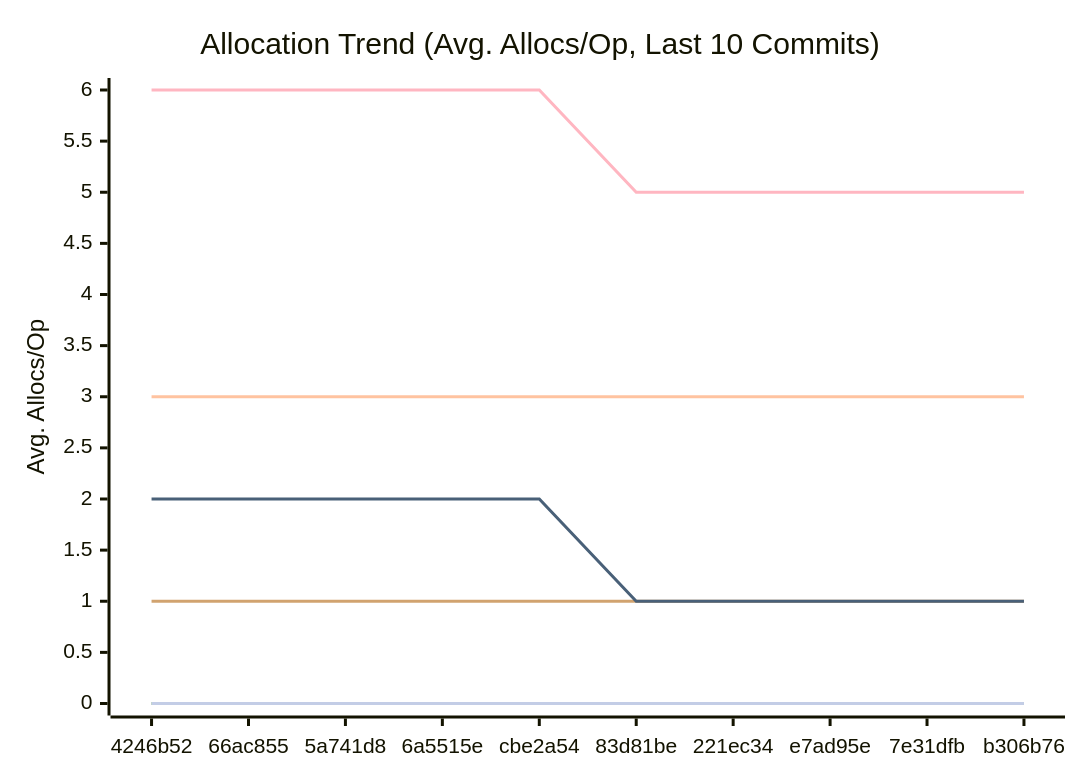
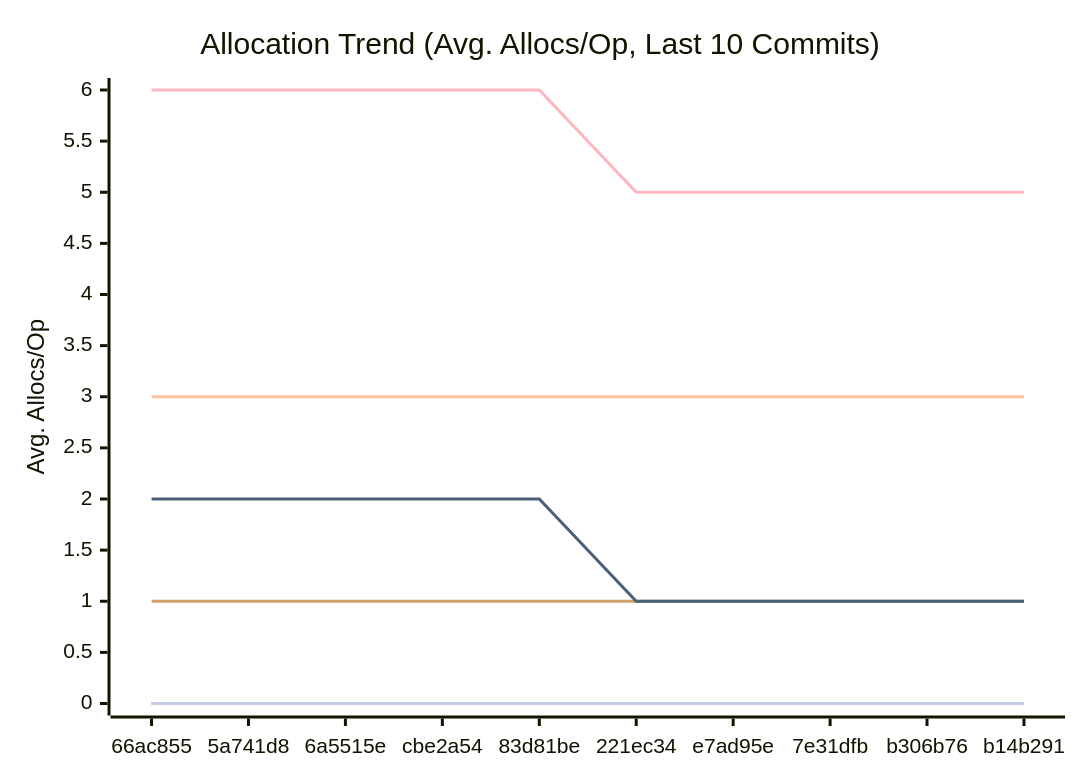
Before and after one commit to alsotoes/momo: the third of 3 diagrams in docs/PERFORMANCE.md, drawn with Mermaid. The commit also changed other lines of this file and 3 other files, not shown here.

````diff
--- a/docs/PERFORMANCE.md
+++ b/docs/PERFORMANCE.md
@@ -114,16 +114,16 @@
 ```mermaid
 xychart-beta
     title "Allocation Trend (Avg. Allocs/Op, Last 10 Commits)"
     x-axis "Commit"
     y-axis "Avg. Allocs/Op"
-    x-axis [4246b52,66ac855,5a741d8,6a5515e,cbe2a54,83d81be,221ec34,e7ad95e,7e31dfb,b306b76]
+    x-axis [66ac855,5a741d8,6a5515e,cbe2a54,83d81be,221ec34,e7ad95e,7e31dfb,b306b76,b14b291]
     line "CheckMetricsAndSwap" [0,0,0,0,0,0,0,0,0,0]
     line "CrushOptimized" [0,0,0,0,0,0,0,0,0,0]
     line "CrushOriginal" [3,3,3,3,3,3,3,3,3,3]
     line "IndexDirectTracking" [0,0,0,0,0,0,0,0,0,0]
     line "IndexSearch" [0,0,0,0,0,0,0,0,0,0]
     line "LoadGlobalConfig" [1,1,1,1,1,1,1,1,1,1]
     line "PadString" [0,0,0,0,0,0,0,0,0,0]
     line "ParseReplicationOrder_NoPrealloc" [6,6,6,6,6,5,5,5,5,5]
     line "ParseReplicationOrder_Prealloc" [2,2,2,2,2,1,1,1,1,1]
 ```
````
